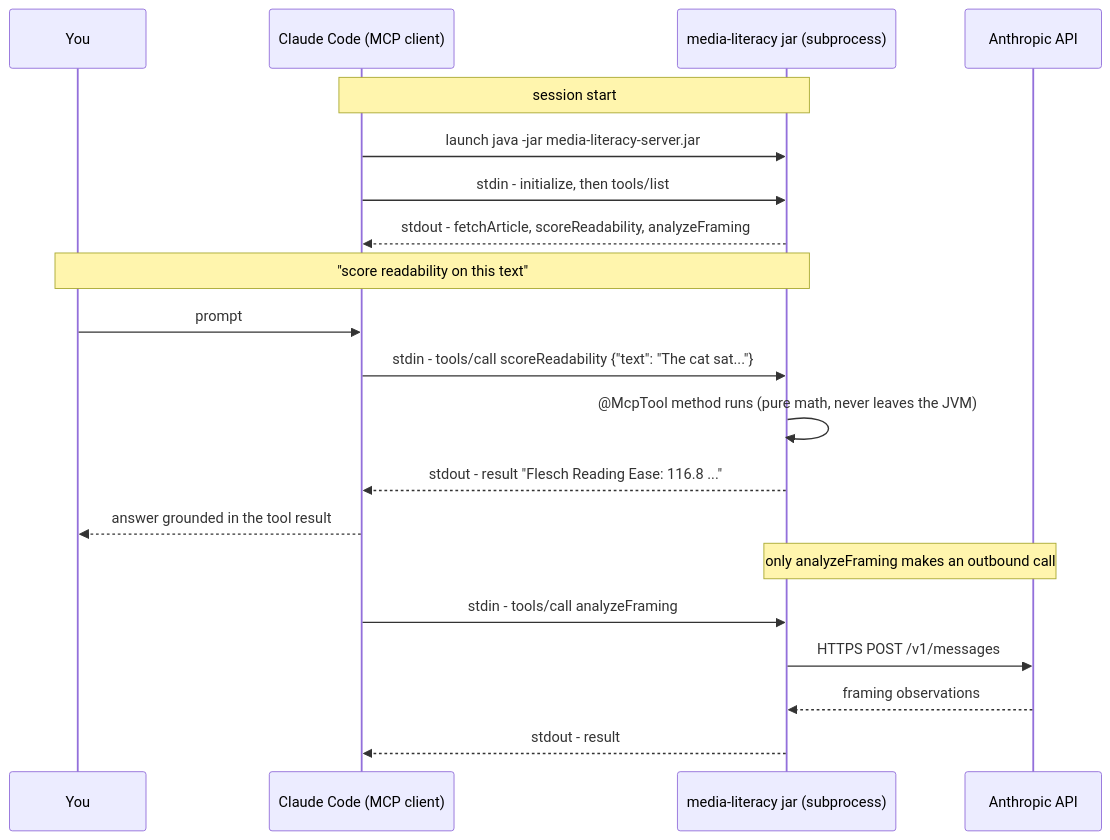
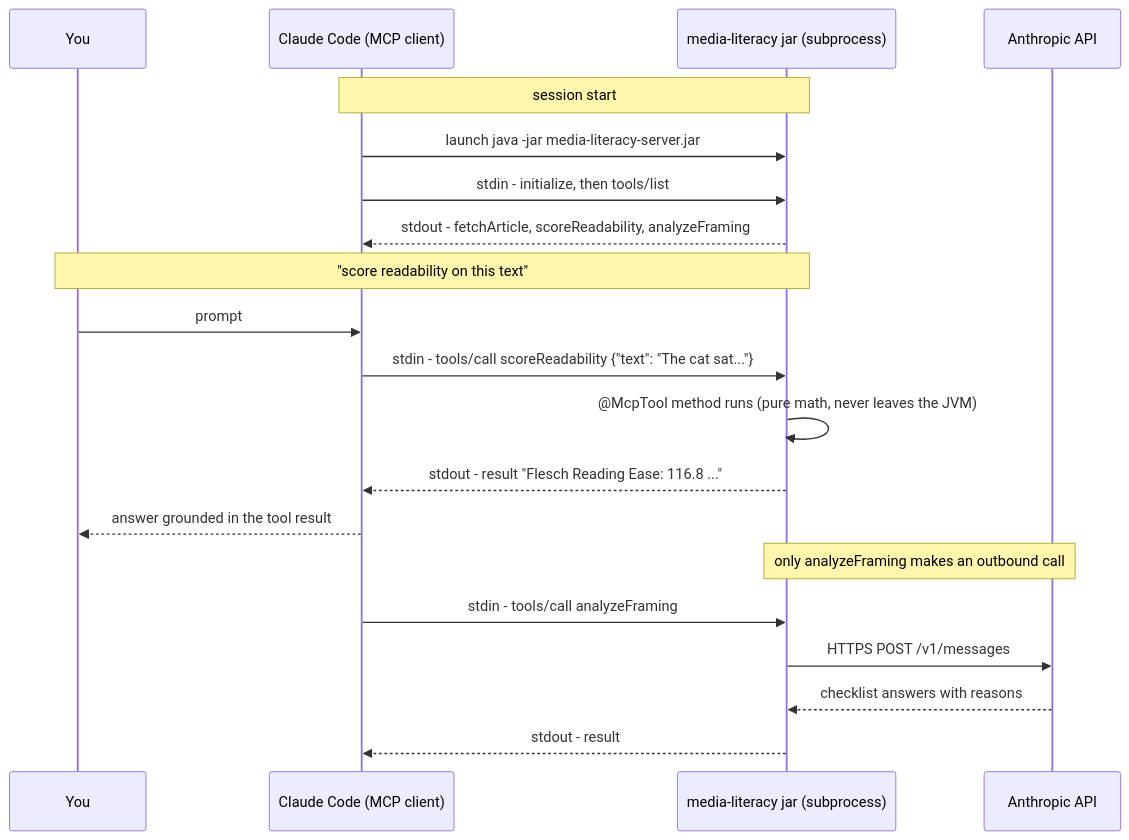
Before and after one commit to spassimirag/Media-Literacy-Server: the diagram in README.md, drawn with Mermaid. The commit also changed other lines of this file and 9 other files, not shown here.

````diff
--- a/README.md
+++ b/README.md
@@ -54,25 +54,25 @@
 ```mermaid
 sequenceDiagram
     participant U as You
     participant CC as Claude Code (MCP client)
     participant JVM as media-literacy jar (subprocess)
     participant API as Anthropic API
 
     Note over CC,JVM: session start
     CC->>JVM: launch java -jar media-literacy-server.jar
     CC->>JVM: stdin - initialize, then tools/list
     JVM-->>CC: stdout - fetchArticle, scoreReadability, analyzeFraming
 
     Note over U,JVM: "score readability on this text"
     U->>CC: prompt
     CC->>JVM: stdin - tools/call scoreReadability {"text": "The cat sat..."}
     JVM->>JVM: @McpTool method runs (pure math, never leaves the JVM)
     JVM-->>CC: stdout - result "Flesch Reading Ease: 116.8 ..."
     CC-->>U: answer grounded in the tool result
 
     Note over JVM,API: only analyzeFraming makes an outbound call
     CC->>JVM: stdin - tools/call analyzeFraming
     JVM->>API: HTTPS POST /v1/messages
-    API-->>JVM: framing observations
+    API-->>JVM: checklist answers with reasons
     JVM-->>CC: stdout - result
 ```
````
